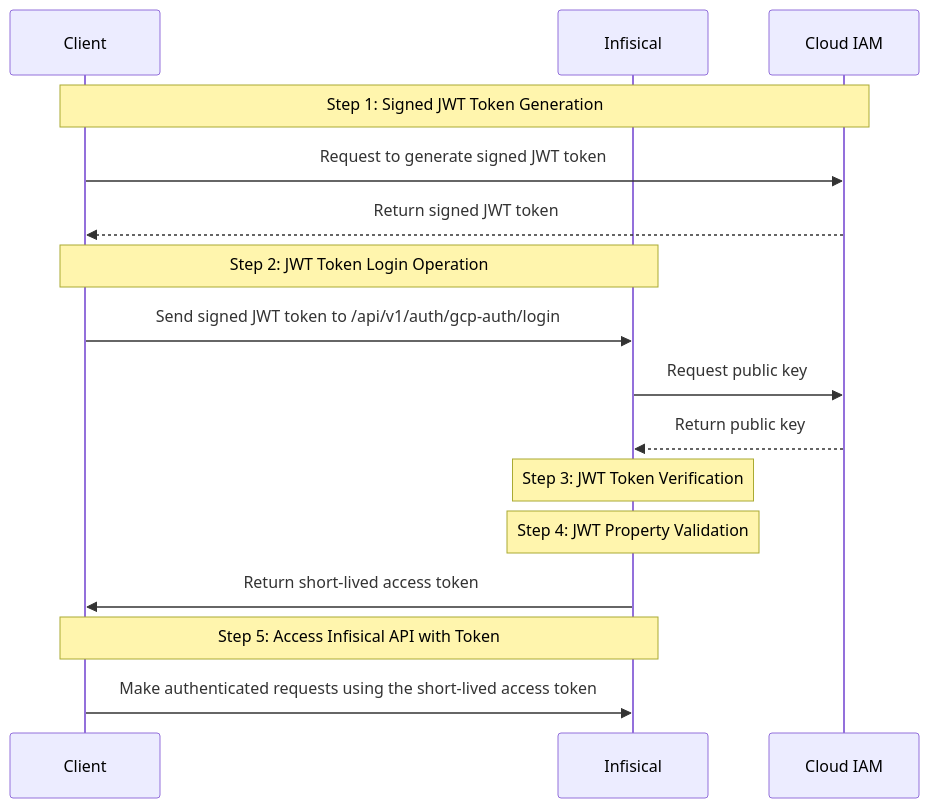
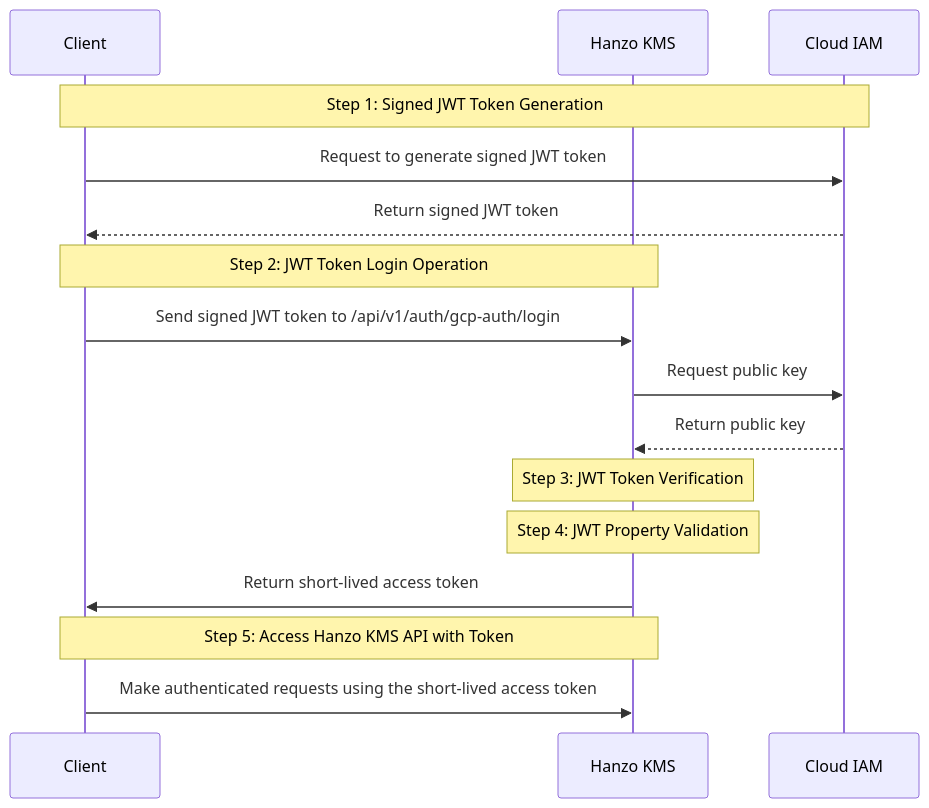
Before and after one commit to hanzoai/kms: the second of 2 diagrams in docs/documentation/platform/identities/gcp-auth.mdx, drawn with Mermaid. The commit also changed other lines of this file and 927 other files, not shown here.

First line of the commit message:
feat: complete Hanzo KMS rebranding across upstream merge

````diff
--- a/docs/documentation/platform/identities/gcp-auth.mdx
+++ b/docs/documentation/platform/identities/gcp-auth.mdx
@@ -187,22 +187,22 @@
 ```mermaid
 sequenceDiagram
   participant GCE as Client
-  participant Infis as Infisical
+  participant Infis as Hanzo KMS
   participant Google as Cloud IAM
 
   Note over GCE,Google: Step 1: Signed JWT Token Generation
   GCE->>Google: Request to generate signed JWT token
   Google-->>GCE: Return signed JWT token
 
   Note over GCE,Infis: Step 2: JWT Token Login Operation
   GCE->>Infis: Send signed JWT token to /api/v1/auth/gcp-auth/login
   Infis->>Google: Request public key
   Google-->>Infis: Return public key
 
   Note over Infis: Step 3: JWT Token Verification
   Note over Infis: Step 4: JWT Property Validation
   Infis->>GCE: Return short-lived access token
 
-  Note over GCE,Infis: Step 5: Access Infisical API with Token
+  Note over GCE,Infis: Step 5: Access Hanzo KMS API with Token
   GCE->>Infis: Make authenticated requests using the short-lived access token
 ```
````
